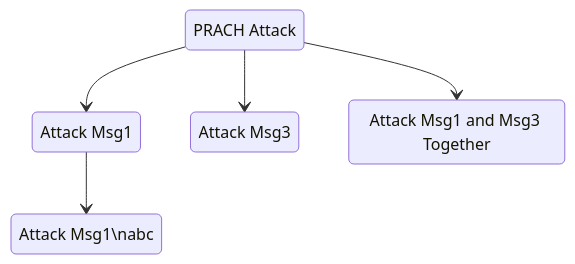
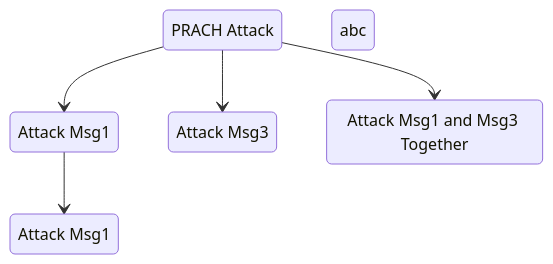
One commit to bmw-ece-ntust/wilfrid-prach-attack-analysis changed the diagram in docs/20250307 Thesis (PRACH Attack Problem Definition).md. Above: the diagram before and after it, drawn with Mermaid.

Commit message:
Update 20250307 Thesis (PRACH Attack Problem Definition).md

````diff
--- a/docs/20250307 Thesis (PRACH Attack Problem Definition).md
+++ b/docs/20250307 Thesis (PRACH Attack Problem Definition).md
@@ -21,12 +21,13 @@
 ```mermaid
 stateDiagram-v2
     s1: PRACH Attack
     s2: Attack Msg1
     s3: Attack Msg3
     s4: Attack Msg1 and Msg3 Together
     s1 --> s2
     s1 --> s3
     s1 --> s4
-    s5: Attack Msg1\nabc
+    s5: Attack Msg1
+        abc
     s2 --> s5
 ```
````
